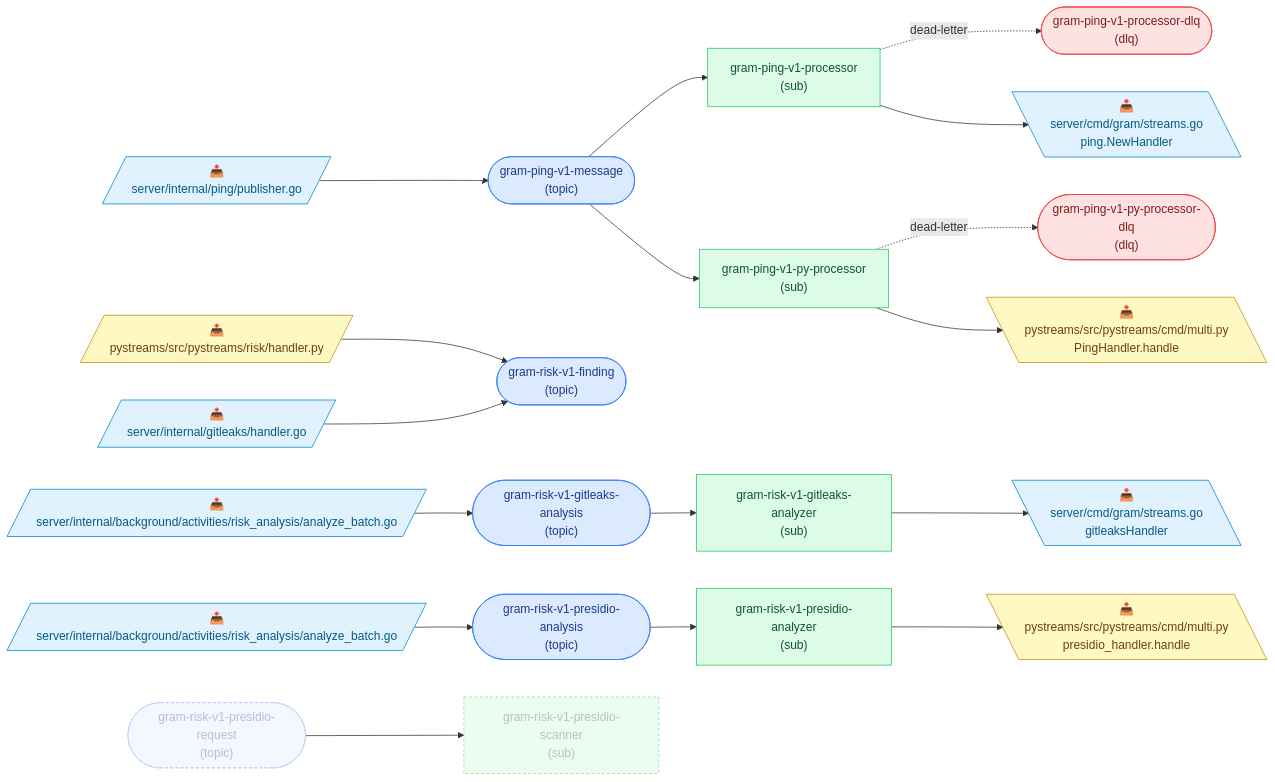
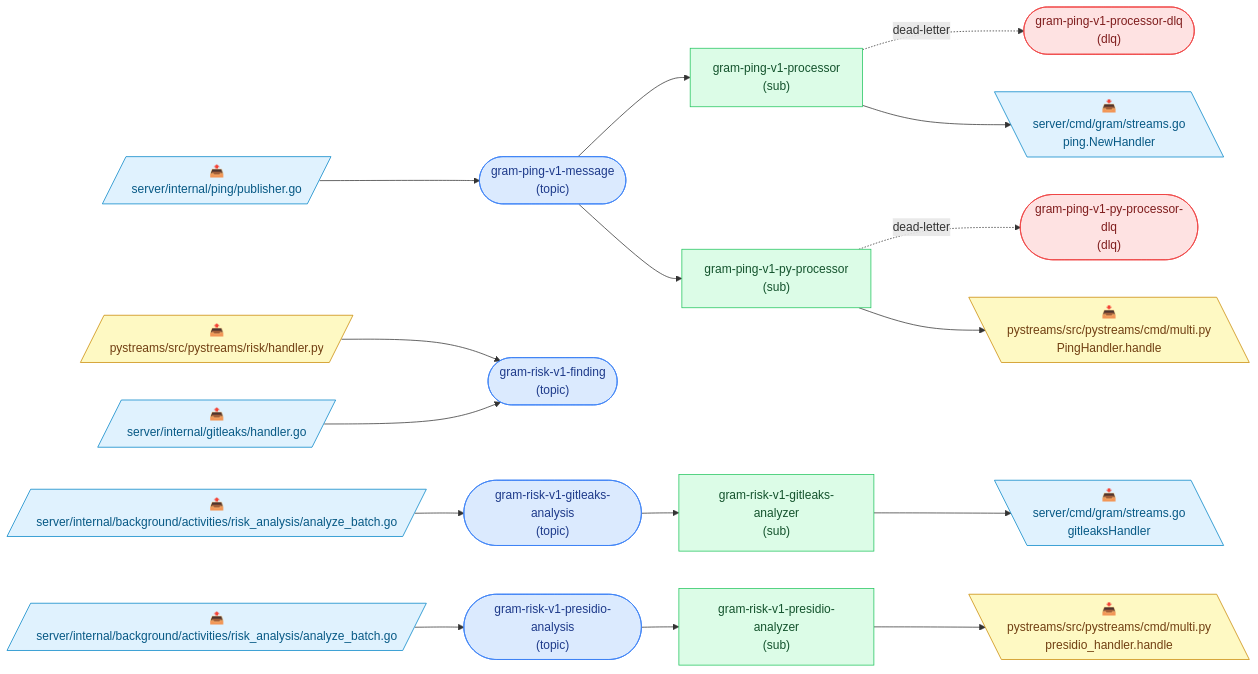
The diagram in docs/pubsub-topology.md (speakeasy-api/gram), drawn with Mermaid before and after one commit. The commit also changed other lines of this file and 10 other files, not shown here.

First line of the commit message:
fix(pubsub): remove deprecated presidio-request topic and scanner subscription

````diff
--- a/docs/pubsub-topology.md
+++ b/docs/pubsub-topology.md
@@ -9,50 +9,45 @@
 ```mermaid
 flowchart LR
   classDef topic fill:#dbeafe,stroke:#3b82f6,color:#1e3a8a;
   classDef dlq fill:#fee2e2,stroke:#ef4444,color:#7f1d1d;
   classDef sub fill:#dcfce7,stroke:#22c55e,color:#14532d;
   classDef go fill:#e0f2fe,stroke:#0284c7,color:#075985;
   classDef python fill:#fef9c3,stroke:#ca8a04,color:#713f12;
   classDef deprecated stroke-dasharray:4 3,opacity:0.55;
 
   t_gram_ping_v1_message(["gram-ping-v1-message<br/>(topic)"]):::topic
   t_gram_ping_v1_processor_dlq(["gram-ping-v1-processor-dlq<br/>(dlq)"]):::dlq
   t_gram_ping_v1_py_processor_dlq(["gram-ping-v1-py-processor-dlq<br/>(dlq)"]):::dlq
   t_gram_risk_v1_finding(["gram-risk-v1-finding<br/>(topic)"]):::topic
   t_gram_risk_v1_gitleaks_analysis(["gram-risk-v1-gitleaks-analysis<br/>(topic)"]):::topic
   t_gram_risk_v1_presidio_analysis(["gram-risk-v1-presidio-analysis<br/>(topic)"]):::topic
-  t_gram_risk_v1_presidio_request(["gram-risk-v1-presidio-request<br/>(topic)"]):::topic
   s_gram_ping_v1_processor["gram-ping-v1-processor<br/>(sub)"]:::sub
   s_gram_ping_v1_py_processor["gram-ping-v1-py-processor<br/>(sub)"]:::sub
   s_gram_risk_v1_gitleaks_analyzer["gram-risk-v1-gitleaks-analyzer<br/>(sub)"]:::sub
   s_gram_risk_v1_presidio_analyzer["gram-risk-v1-presidio-analyzer<br/>(sub)"]:::sub
-  s_gram_risk_v1_presidio_scanner["gram-risk-v1-presidio-scanner<br/>(sub)"]:::sub
 
   p0[/"📤<br/>server/internal/ping/publisher.go"/]:::go
   p0 --> t_gram_ping_v1_message
   p1[/"📤<br/>pystreams/src/pystreams/risk/handler.py"/]:::python
   p1 --> t_gram_risk_v1_finding
   p2[/"📤<br/>server/internal/gitleaks/handler.go"/]:::go
   p2 --> t_gram_risk_v1_finding
   p3[/"📤<br/>server/internal/background/activities/risk_analysis/analyze_batch.go"/]:::go
   p3 --> t_gram_risk_v1_gitleaks_analysis
   p4[/"📤<br/>server/internal/background/activities/risk_analysis/analyze_batch.go"/]:::go
   p4 --> t_gram_risk_v1_presidio_analysis
   t_gram_ping_v1_message --> s_gram_ping_v1_processor
   s_gram_ping_v1_processor -. dead-letter .-> t_gram_ping_v1_processor_dlq
   t_gram_ping_v1_message --> s_gram_ping_v1_py_processor
   s_gram_ping_v1_py_processor -. dead-letter .-> t_gram_ping_v1_py_processor_dlq
   t_gram_risk_v1_gitleaks_analysis --> s_gram_risk_v1_gitleaks_analyzer
   t_gram_risk_v1_presidio_analysis --> s_gram_risk_v1_presidio_analyzer
-  t_gram_risk_v1_presidio_request --> s_gram_risk_v1_presidio_scanner
   c5[\"📥<br/>server/cmd/gram/streams.go<br/>ping.NewHandler"\]:::go
   s_gram_ping_v1_processor --> c5
   c6[\"📥<br/>pystreams/src/pystreams/cmd/multi.py<br/>PingHandler.handle"\]:::python
   s_gram_ping_v1_py_processor --> c6
   c7[\"📥<br/>server/cmd/gram/streams.go<br/>gitleaksHandler"\]:::go
   s_gram_risk_v1_gitleaks_analyzer --> c7
   c8[\"📥<br/>pystreams/src/pystreams/cmd/multi.py<br/>presidio_handler.handle"\]:::python
   s_gram_risk_v1_presidio_analyzer --> c8
-
-  class t_gram_risk_v1_presidio_request,s_gram_risk_v1_presidio_scanner deprecated;
 ```
````
